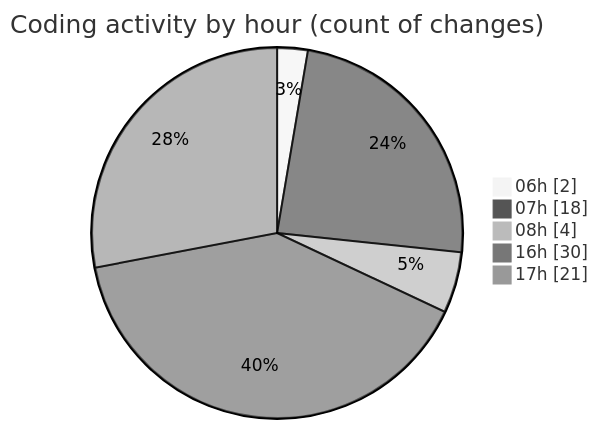
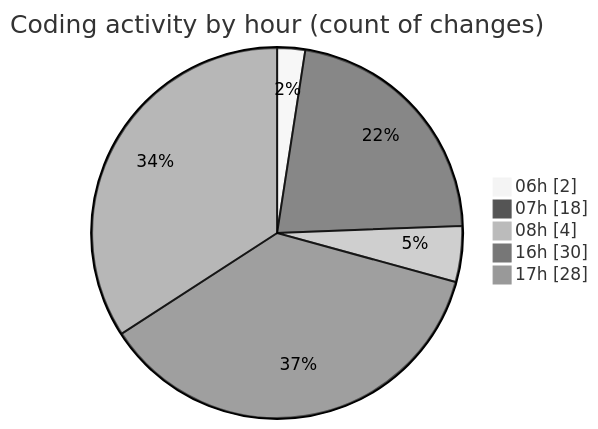
The second of 2 diagrams in 2025-01-27/termonied-web/README.md (robertbonfada/code-tracking), drawn with Mermaid (neutral theme) before and after one commit. The commit also changed other lines of this file and 1 other file, not shown here.

````diff
--- a/2025-01-27/termonied-web/README.md
+++ b/2025-01-27/termonied-web/README.md
@@ -37,9 +38,9 @@
 ```mermaid
 pie showData
 title Coding activity by hour (count of changes)
 "06h" : 2
 "07h" : 18
 "08h" : 4
 "16h" : 30
-"17h" : 21
+"17h" : 28
 ```
````
